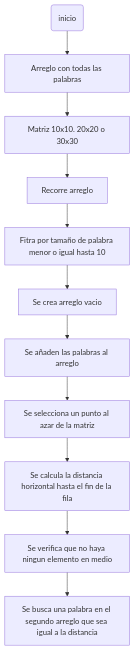
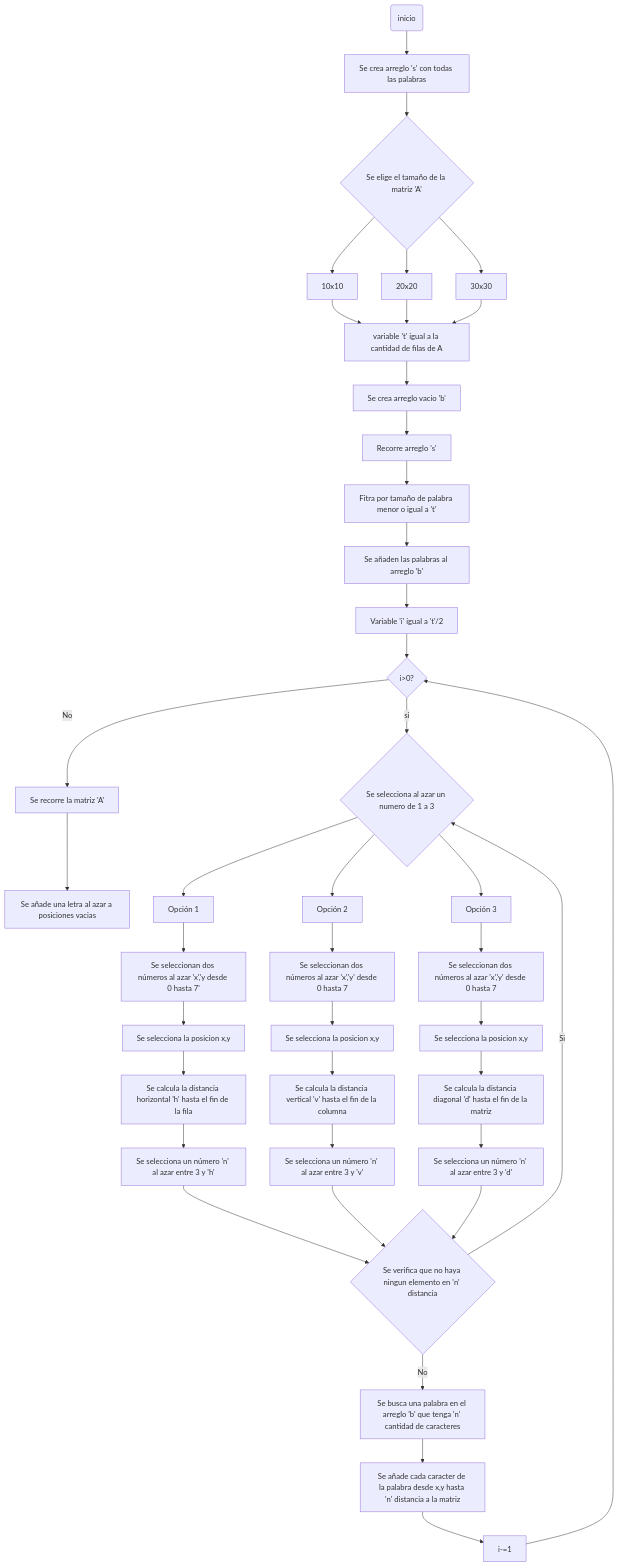
Before and after one commit to SebastianCespedes12/Proyecto_programacion: the diagram in README.md, drawn with Mermaid.

````diff
--- a/README.md
+++ b/README.md
@@ -6,13 +6,44 @@
 ```mermaid
 flowchart TD
-  A(inicio)-->B[Arreglo con todas las palabras]
-  B-->C[Matriz 10x10. 20x20 o 30x30]
-  C-->D[Recorre arreglo]
-  D-->E[Fitra por tamaño de palabra menor o igual hasta 10]
-  E-->F[Se crea arreglo vacio]
-  F-->G[Se añaden las palabras al arreglo]  
-  G-->H[Se selecciona un punto al azar de la matriz]
-  H-->I[Se calcula la distancia horizontal hasta el fin de la fila]
-  I-->J[Se verifica que no haya ningun elemento en medio]
-  J-->K[Se busca una palabra en el segundo arreglo que sea igual a la distancia]
+  A(inicio)-->B[Se crea arreglo 's' con todas las palabras]
+  B-->C{Se elige el tamaño de la matriz 'A'}
+  C-->Z[10x10]
+  C-->Y[20x20]
+  C-->X[30x30]
+  Z-->AH[variable 't' igual a la cantidad de filas de A]
+  AH-->AI[Se crea arreglo vacio 'b']
+  AI-->D[Recorre arreglo 's']
+  Y-->AH
+  X-->AH
+  D-->E[Fitra por tamaño de palabra menor o igual a 't' ]
+  E-->G[Se añaden las palabras al arreglo 'b'] 
+  G-->AM[Variable 'i' igual a 't'/2]
+  AM-->AN{i>0?}
+  AN-->|si|M{Se selecciona al azar un numero de 1 a 3}
+  AN-->|No|AO[Se recorre la matriz 'A']
+  AO-->AP[Se añade una letra al azar a posiciones vacias]
+  M{Se selecciona al azar un numero de 1 a 3}-->N[Opción 1]
+  N-->H[Se seleccionan dos números al azar 'x','y desde 0 hasta 7']
+  H-->L[Se selecciona la posicion x,y]
+  L-->I[Se calcula la distancia horizontal 'h' hasta el fin de la fila]
+  I-->F[Se selecciona un número 'n' al azar entre 3 y 'h']
+  F-->J{Se verifica que no haya ningun elemento en 'n' distancia}
+  J-->|No|K[Se busca una palabra en el arreglo 'b' que tenga 'n' cantidad de caracteres]
+  J-->|Si|M
+  K-->AF[Se añade cada caracter de la palabra desde x,y hasta 'n' distancia a la matriz]
+  M-->O[Opción 2]
+  O-->P[Se seleccionan dos números al azar 'x','y' desde 0 hasta 7]
+  P-->R[Se selecciona la posicion x,y]
+  R-->S[Se calcula la distancia vertical 'v' hasta el fin de la columna]
+  S-->AJ[Se selecciona un número 'n' al azar entre 3 y 'v']
+  AJ-->J
+  M-->V[Opción 3]
+  V-->Q[Se seleccionan dos números al azar 'x','y' desde 0 hasta 7]
+  Q-->AA[Se selecciona la posicion x,y]
+  AA-->AB[Se calcula la distancia diagonal 'd' hasta el fin de la matriz]
+  AB-->AK[Se selecciona un número 'n' al azar entre 3 y 'd']
+  AK-->J
+  AF-->AQ[i-=1]
+  AQ-->AN
+  
 ```
````
